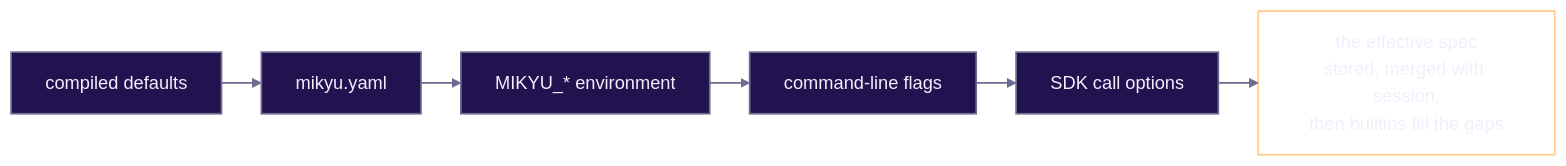
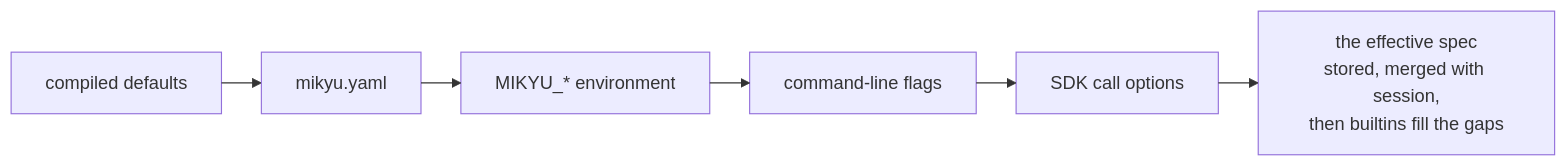
One commit to dmunish/mikyu changed the fifth of 15 diagrams in ARCHITECTURE.md. Above: the diagram before and after it, drawn with Mermaid. The commit also changed other lines of this file, not shown here.

Commit message:
[docs] ARCHITECTURE: remove theming

````diff
--- a/ARCHITECTURE.md
+++ b/ARCHITECTURE.md
@@ -360,31 +293,14 @@
 ```mermaid
 ---
 config:
   layout: elk
-  theme: base
   themeVariables:
-    background: "#170d44"
-    primaryColor: "#221350"
-    primaryBorderColor: "#6f6a8f"
-    primaryTextColor: "#f2eefb"
-    lineColor: "#6f6a8f"
-    textColor: "#a29dbd"
-    clusterBkg: "#170d44"
-    clusterBorder: "#3b2a5e"
-    edgeLabelBackground: "#170d44"
-    titleColor: "#f2eefb"
     fontFamily: "IBM Plex Mono, monospace"
 ---
 flowchart LR
     B["compiled defaults"] --> Y["mikyu.yaml"]
     Y --> E["MIKYU_* environment"]
     E --> F["command-line flags"]
     F --> C["SDK call options"]
     C --> EFF["the effective spec<br/>stored, merged with session,<br/>then builtins fill the gaps"]
-
-    classDef layer fill:#221350,stroke:#6f6a8f,color:#f2eefb,stroke-width:1.5px
-    classDef eff fill:transparent,stroke:#ffca86,color:#f2eefb,stroke-width:1.5px
-    class B,Y,E,F,C layer
-    class EFF eff
-    linkStyle default stroke:#6f6a8f,stroke-width:1.5px
 ```
````
